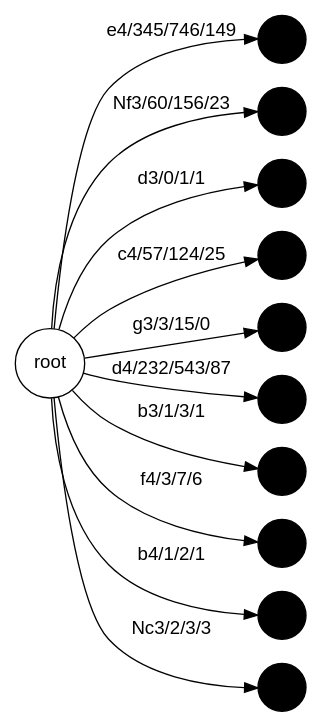
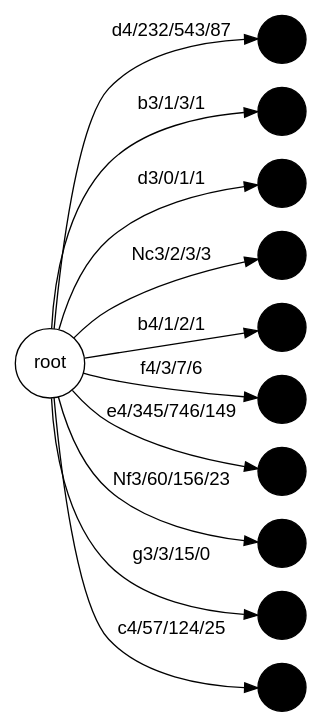
One commit to bjerkemj/chess-statistics changed the diagram in allOpeningsTree.dot. Above: the diagram before and after it, drawn with Graphviz. The commit also changed 7 other files, not shown here.

```diff
--- a/allOpeningsTree.dot
+++ b/allOpeningsTree.dot
@@ -1,29 +1,29 @@
 digraph g {
 fontname="Helvetica,Arial,sans-serif"
 node [fontname="Helvetica,Arial,sans-serif" filledcolor = "white" label = "" style = "filled" shape = "circle" ]
 edge [fontname="Helvetica,Arial,sans-serif"]
 graph [fontsize=30 labelloc="t" label="" splines=true overlap=false rankdir = "LR"];
 ratio = auto;
-"rootW704D1600L296_qCTJhUbxBEXlXfEtGF" [style = "filled" fillcolor = "white" label = "root"];
-"e4W345D746L149_QdmtCxFeXmXzBYvhlk" [style = "filled" fillcolor = "black"];
-rootW704D1600L296_qCTJhUbxBEXlXfEtGF -> e4W345D746L149_QdmtCxFeXmXzBYvhlk [label = "e4/345/746/149"];
-"Nf3W60D156L23_HGWFgpajMyepipI" [style = "filled" fillcolor = "black"];
-rootW704D1600L296_qCTJhUbxBEXlXfEtGF -> Nf3W60D156L23_HGWFgpajMyepipI [label = "Nf3/60/156/23"];
-"d3W0D1L1_QVwLpjoZWsJzo" [style = "filled" fillcolor = "black"];
-rootW704D1600L296_qCTJhUbxBEXlXfEtGF -> d3W0D1L1_QVwLpjoZWsJzo [label = "d3/0/1/1"];
-"c4W57D124L25_YwUJgdGpYS" [style = "filled" fillcolor = "black"];
-rootW704D1600L296_qCTJhUbxBEXlXfEtGF -> c4W57D124L25_YwUJgdGpYS [label = "c4/57/124/25"];
-"g3W3D15L0_IhnKDXtsyfhf" [style = "filled" fillcolor = "black"];
-rootW704D1600L296_qCTJhUbxBEXlXfEtGF -> g3W3D15L0_IhnKDXtsyfhf [label = "g3/3/15/0"];
-"d4W232D543L87_LiUQwCUBOGN" [style = "filled" fillcolor = "black"];
-rootW704D1600L296_qCTJhUbxBEXlXfEtGF -> d4W232D543L87_LiUQwCUBOGN [label = "d4/232/543/87"];
-"b3W1D3L1_TxEKPfZgjfTueRebae" [style = "filled" fillcolor = "black"];
-rootW704D1600L296_qCTJhUbxBEXlXfEtGF -> b3W1D3L1_TxEKPfZgjfTueRebae [label = "b3/1/3/1"];
-"f4W3D7L6_wioolNKYntct" [style = "filled" fillcolor = "black"];
-rootW704D1600L296_qCTJhUbxBEXlXfEtGF -> f4W3D7L6_wioolNKYntct [label = "f4/3/7/6"];
-"b4W1D2L1_xjfKNKRkBCpg" [style = "filled" fillcolor = "black"];
-rootW704D1600L296_qCTJhUbxBEXlXfEtGF -> b4W1D2L1_xjfKNKRkBCpg [label = "b4/1/2/1"];
-"Nc3W2D3L3_cHNtnDlmawMBgTo" [style = "filled" fillcolor = "black"];
-rootW704D1600L296_qCTJhUbxBEXlXfEtGF -> Nc3W2D3L3_cHNtnDlmawMBgTo [label = "Nc3/2/3/3"];
+"rootW704D1600L296_XsWhPHLjPSTcH" [style = "filled" fillcolor = "white" label = "root"];
+"d4W232D543L87_zfrTvfkZLUfrwK" [style = "filled" fillcolor = "black"];
+rootW704D1600L296_XsWhPHLjPSTcH -> d4W232D543L87_zfrTvfkZLUfrwK [label = "d4/232/543/87"];
+"b3W1D3L1_QgVdVcDcyJ" [style = "filled" fillcolor = "black"];
+rootW704D1600L296_XsWhPHLjPSTcH -> b3W1D3L1_QgVdVcDcyJ [label = "b3/1/3/1"];
+"d3W0D1L1_DlAyqcucpCETOW" [style = "filled" fillcolor = "black"];
+rootW704D1600L296_XsWhPHLjPSTcH -> d3W0D1L1_DlAyqcucpCETOW [label = "d3/0/1/1"];
+"Nc3W2D3L3_slndhXoffHAeepHVt" [style = "filled" fillcolor = "black"];
+rootW704D1600L296_XsWhPHLjPSTcH -> Nc3W2D3L3_slndhXoffHAeepHVt [label = "Nc3/2/3/3"];
+"b4W1D2L1_jDttrymYVcqH" [style = "filled" fillcolor = "black"];
+rootW704D1600L296_XsWhPHLjPSTcH -> b4W1D2L1_jDttrymYVcqH [label = "b4/1/2/1"];
+"f4W3D7L6_xZDKzZKkvkMrrHslp" [style = "filled" fillcolor = "black"];
+rootW704D1600L296_XsWhPHLjPSTcH -> f4W3D7L6_xZDKzZKkvkMrrHslp [label = "f4/3/7/6"];
+"e4W345D746L149_CCnKpcllMzfF" [style = "filled" fillcolor = "black"];
+rootW704D1600L296_XsWhPHLjPSTcH -> e4W345D746L149_CCnKpcllMzfF [label = "e4/345/746/149"];
+"Nf3W60D156L23_RgJwDYyeyWvUiEOI" [style = "filled" fillcolor = "black"];
+rootW704D1600L296_XsWhPHLjPSTcH -> Nf3W60D156L23_RgJwDYyeyWvUiEOI [label = "Nf3/60/156/23"];
+"g3W3D15L0_PGltPgThBya" [style = "filled" fillcolor = "black"];
+rootW704D1600L296_XsWhPHLjPSTcH -> g3W3D15L0_PGltPgThBya [label = "g3/3/15/0"];
+"c4W57D124L25_fLkPLtihUzWiFuBIPfw" [style = "filled" fillcolor = "black"];
+rootW704D1600L296_XsWhPHLjPSTcH -> c4W57D124L25_fLkPLtihUzWiFuBIPfw [label = "c4/57/124/25"];
 
 }
```
